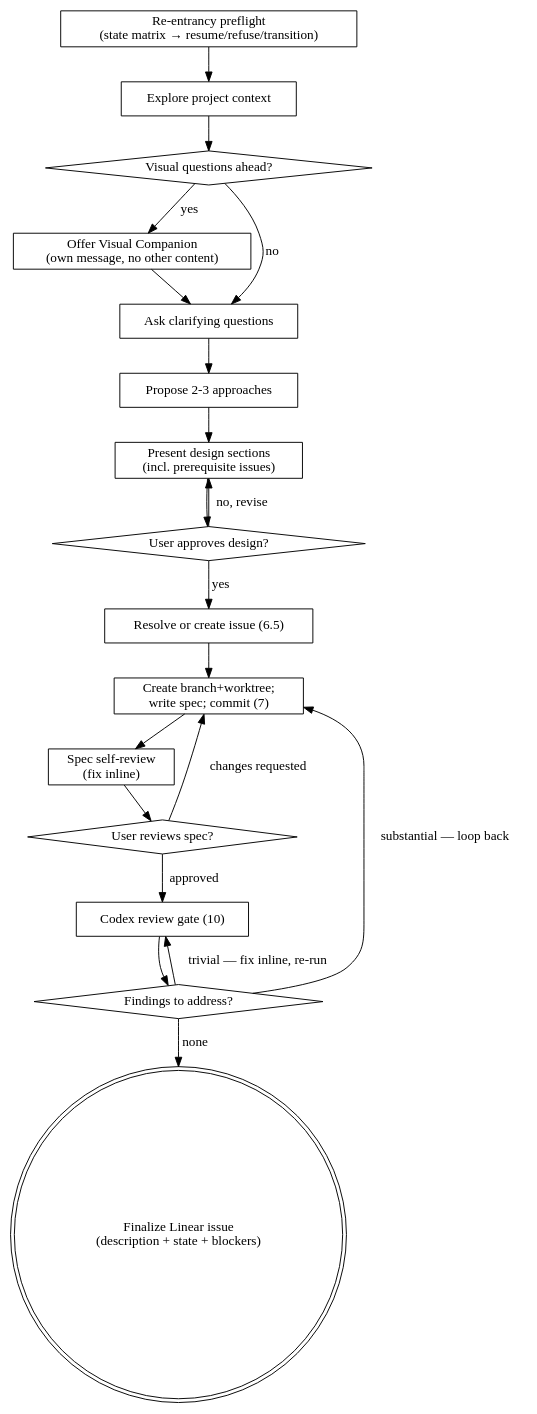
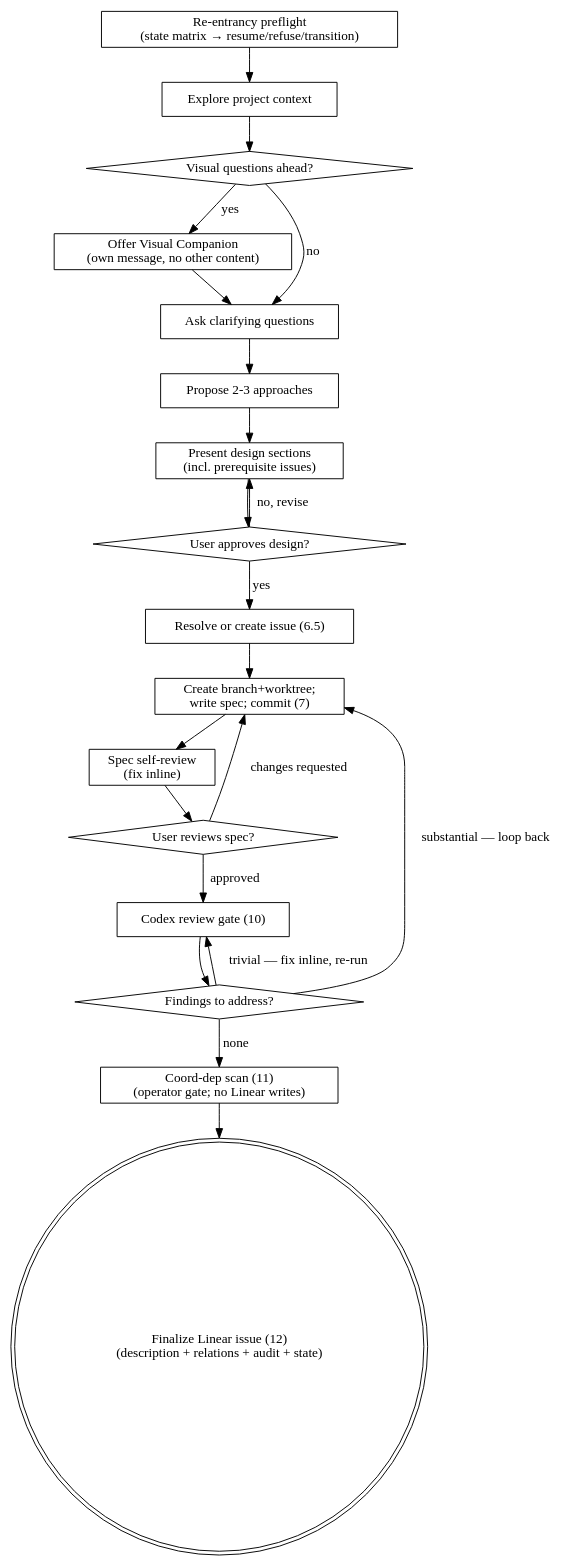
The diagram in skills/sr-spec/SKILL.md (seankao31/sensible-ralph), drawn with Graphviz before and after one commit. The commit also changed other lines of this file and 2 other files, not shown here.

````diff
--- a/skills/sr-spec/SKILL.md
+++ b/skills/sr-spec/SKILL.md
@@ -48,39 +49,41 @@
 ```dot
 digraph sr_spec {
     "Re-entrancy preflight\n(state matrix → resume/refuse/transition)" [shape=box];
     "Explore project context" [shape=box];
     "Visual questions ahead?" [shape=diamond];
     "Offer Visual Companion\n(own message, no other content)" [shape=box];
     "Ask clarifying questions" [shape=box];
     "Propose 2-3 approaches" [shape=box];
     "Present design sections\n(incl. prerequisite issues)" [shape=box];
     "User approves design?" [shape=diamond];
     "Resolve or create issue (6.5)" [shape=box];
     "Create branch+worktree;\nwrite spec; commit (7)" [shape=box];
     "Spec self-review\n(fix inline)" [shape=box];
     "User reviews spec?" [shape=diamond];
     "Codex review gate (10)" [shape=box];
     "Findings to address?" [shape=diamond];
-    "Finalize Linear issue\n(description + state + blockers)" [shape=doublecircle];
+    "Coord-dep scan (11)\n(operator gate; no Linear writes)" [shape=box];
+    "Finalize Linear issue (12)\n(description + relations + audit + state)" [shape=doublecircle];
 
     "Re-entrancy preflight\n(state matrix → resume/refuse/transition)" -> "Explore project context";
     "Explore project context" -> "Visual questions ahead?";
     "Visual questions ahead?" -> "Offer Visual Companion\n(own message, no other content)" [label="yes"];
     "Visual questions ahead?" -> "Ask clarifying questions" [label="no"];
     "Offer Visual Companion\n(own message, no other content)" -> "Ask clarifying questions";
     "Ask clarifying questions" -> "Propose 2-3 approaches";
     "Propose 2-3 approaches" -> "Present design sections\n(incl. prerequisite issues)";
     "Present design sections\n(incl. prerequisite issues)" -> "User approves design?";
     "User approves design?" -> "Present design sections\n(incl. prerequisite issues)" [label="no, revise"];
     "User approves design?" -> "Resolve or create issue (6.5)" [label="yes"];
     "Resolve or create issue (6.5)" -> "Create branch+worktree;\nwrite spec; commit (7)";
     "Create branch+worktree;\nwrite spec; commit (7)" -> "Spec self-review\n(fix inline)";
     "Spec self-review\n(fix inline)" -> "User reviews spec?";
     "User reviews spec?" -> "Create branch+worktree;\nwrite spec; commit (7)" [label="changes requested"];
     "User reviews spec?" -> "Codex review gate (10)" [label="approved"];
     "Codex review gate (10)" -> "Findings to address?";
     "Findings to address?" -> "Create branch+worktree;\nwrite spec; commit (7)" [label="substantial — loop back"];
     "Findings to address?" -> "Codex review gate (10)" [label="trivial — fix inline, re-run"];
-    "Findings to address?" -> "Finalize Linear issue\n(description + state + blockers)" [label="none"];
+    "Findings to address?" -> "Coord-dep scan (11)\n(operator gate; no Linear writes)" [label="none"];
+    "Coord-dep scan (11)\n(operator gate; no Linear writes)" -> "Finalize Linear issue (12)\n(description + relations + audit + state)";
 }
 ```
````
